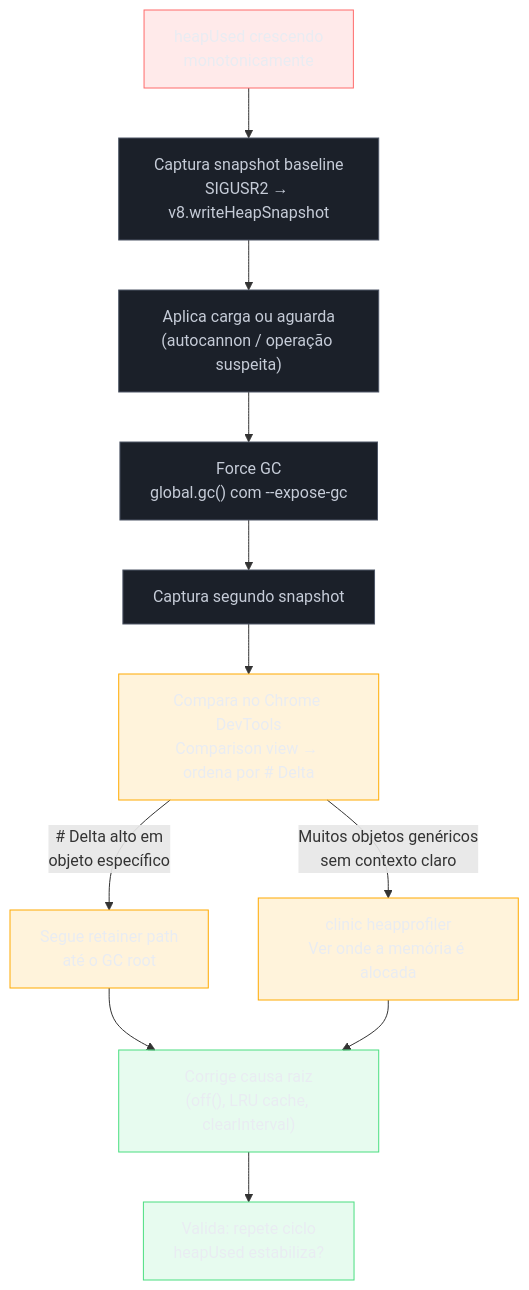
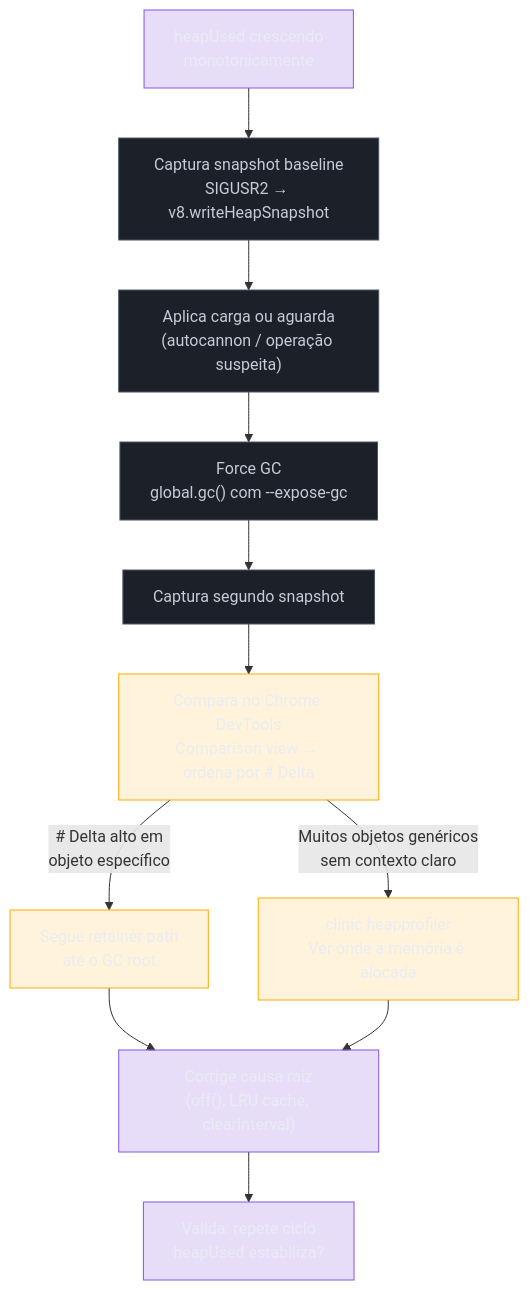
One commit to josenaldo/codex-technomanticus changed the diagram in 03-Dominios/Tecnologia/Node/Observability e produção/08 - Detecção e diagnóstico de memory leaks.md. Above: the diagram before and after it, drawn with Mermaid. The commit also changed 601 other files, not shown here.

````diff
--- a/03-Dominios/Tecnologia/Node/Observability e produção/08 - Detecção e diagnóstico de memory leaks.md
+++ b/03-Dominios/Tecnologia/Node/Observability e produção/08 - Detecção e diagnóstico de memory leaks.md
@@ -46,28 +46,27 @@
 ```mermaid
 flowchart TD
-    classDef falha fill:#FF6B6B24,stroke:#FF6B6B,color:#E9ECF2
+    classDef marca fill:#8855DF33,stroke:#8855DF,color:#E9ECF2
     classDef neutro fill:#1B2029,stroke:#4E5666,color:#C6CCD8
     classDef destaque fill:#FFAA0024,stroke:#FFAA00,color:#E9ECF2
-    classDef ok fill:#4ADE8021,stroke:#4ADE80,color:#E9ECF2
     M["heapUsed crescendo\nmonotonicamente"] --> S1["Captura snapshot baseline\nSIGUSR2 → v8.writeHeapSnapshot"]
     S1 --> L["Aplica carga ou aguarda\n(autocannon / operação suspeita)"]
     L --> GC["Force GC\nglobal.gc() com --expose-gc"]
     GC --> S2["Captura segundo snapshot"]
     S2 --> C["Compara no Chrome DevTools\nComparison view → ordena por # Delta"]
     C -->|"# Delta alto em\nobjeto específico"| R["Segue retainer path\naté o GC root"]
     R --> FIX["Corrige causa raiz\n(off(), LRU cache, clearInterval)"]
     FIX --> V["Valida: repete ciclo\nheapUsed estabiliza?"]
     C -->|"Muitos objetos genéricos\nsem contexto claro"| HP["clinic heapprofiler\nVer onde a memória é alocada"]
     HP --> FIX
 
-    class M falha
+    class M marca
     class S1 neutro
     class L neutro
     class GC neutro
     class S2 neutro
     class C destaque
     class R destaque
     class HP destaque
-    class FIX ok
-    class V ok
+    class FIX marca
+    class V marca
 ```
````
